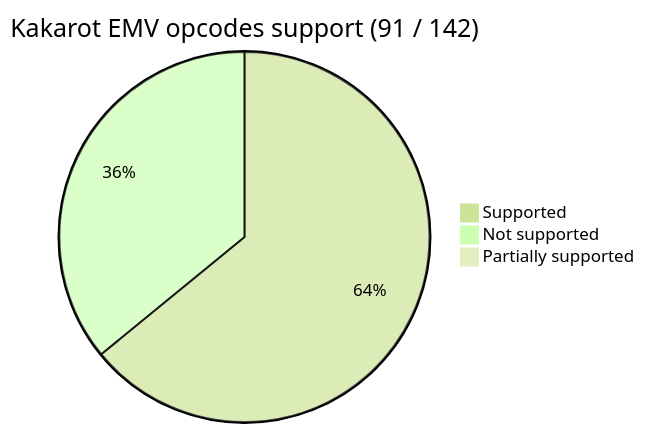
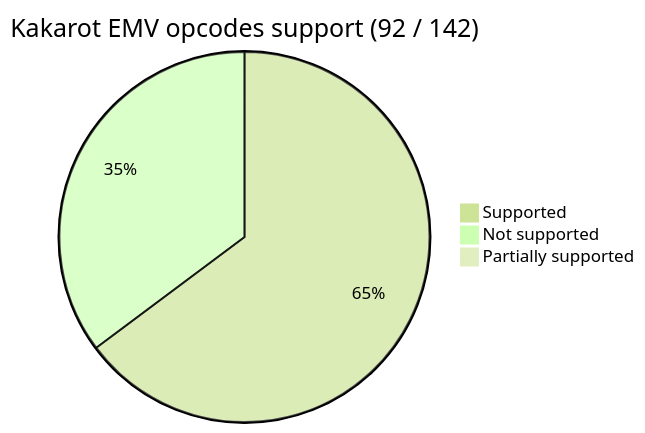
The first of 2 diagrams in README.md (kkrt-labs/kakarot), drawn with Mermaid before and after one commit. The commit also changed 5 other files, not shown here.

````diff
--- a/README.md
+++ b/README.md
@@ -40,8 +40,8 @@
 ```mermaid
 %%{init: {'theme': 'forest', 'themeVariables': { 'darkMode': 'false'}}}%%
-pie title Kakarot EMV opcodes support (91 / 142)
-    "Supported" : 91
-    "Not supported" : 51
+pie title Kakarot EMV opcodes support (92 / 142)
+    "Supported" : 92
+    "Not supported" : 50
 
     "Partially supported" : 0
 ```
````
